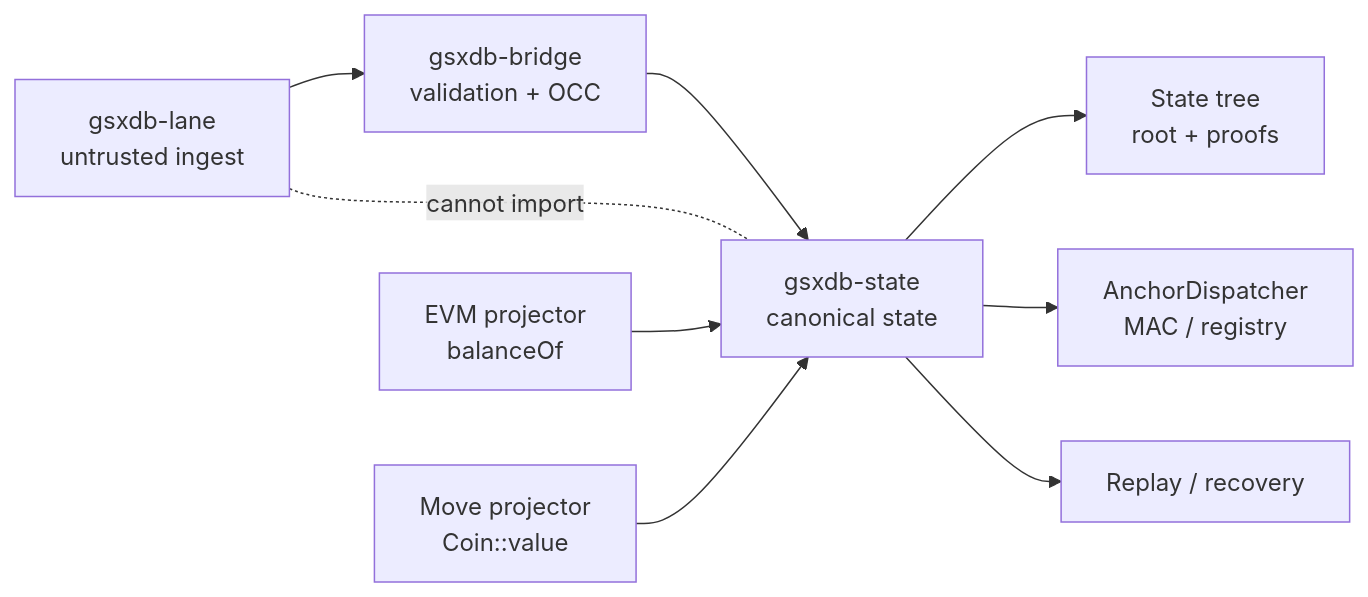
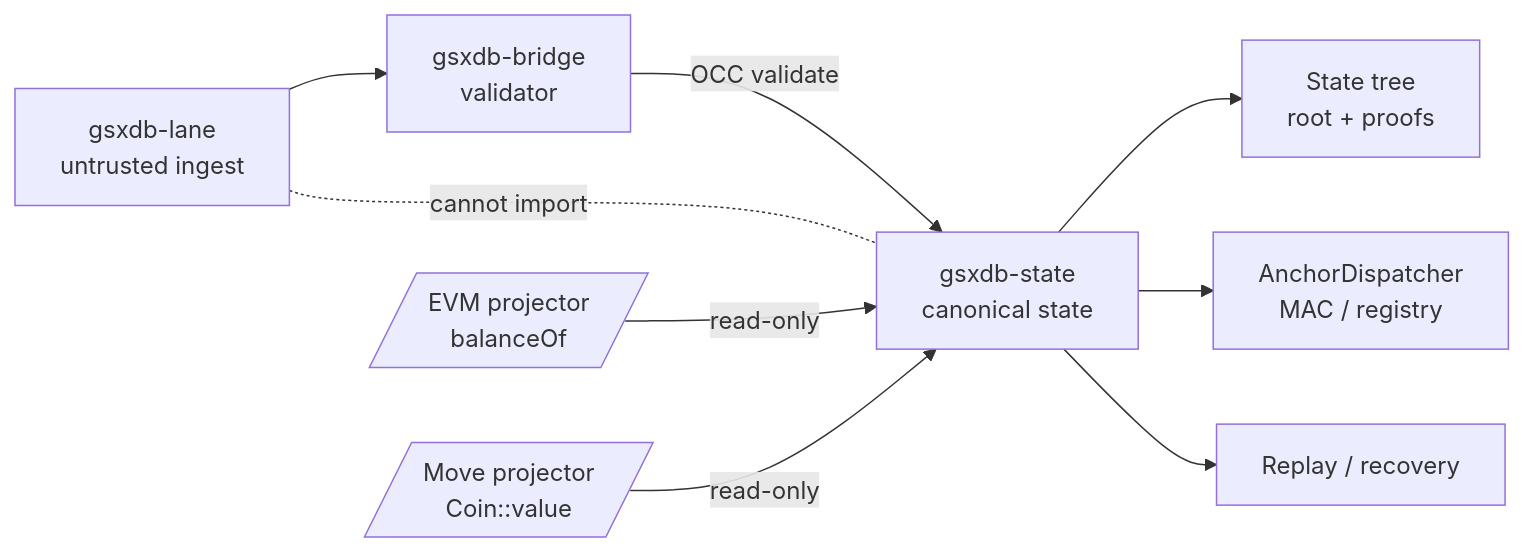
Before and after one commit to nanofaxcopy/suwappu-lattice-protocol: the fifth of 10 diagrams in docs/visuals/README.md, drawn with Mermaid. The commit also changed other lines of this file and 10 other files, not shown here.

````diff
--- a/docs/visuals/README.md
+++ b/docs/visuals/README.md
@@ -64,11 +104,11 @@
 ```mermaid
 flowchart LR
-  Lane[gsxdb-lane<br/>untrusted ingest] --> Bridge[gsxdb-bridge<br/>validation + OCC]
-  Bridge --> State[gsxdb-state<br/>canonical state]
+  Lane[gsxdb-lane<br/>untrusted ingest] --> Bridge[gsxdb-bridge<br/>validator]
+  Bridge -->|OCC validate| State[gsxdb-state<br/>canonical state]
   Lane -. cannot import .- State
   State --> Tree[State tree<br/>root + proofs]
   State --> Anchor[AnchorDispatcher<br/>MAC / registry]
   State --> Replay[Replay / recovery]
-  Read1[EVM projector<br/>balanceOf] --> State
-  Read2[Move projector<br/>Coin::value] --> State
+  Read1[/EVM projector<br/>balanceOf/] -->|read-only| State
+  Read2[/Move projector<br/>Coin::value/] -->|read-only| State
 ```
````
